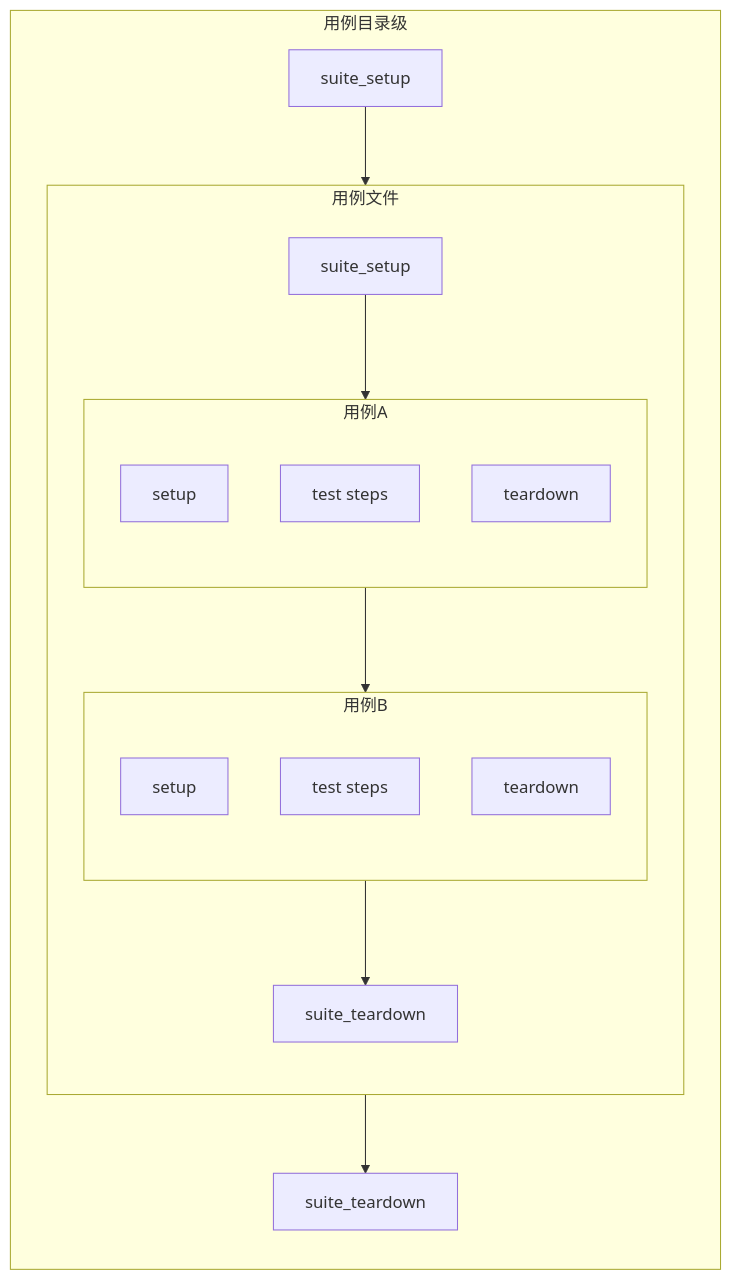
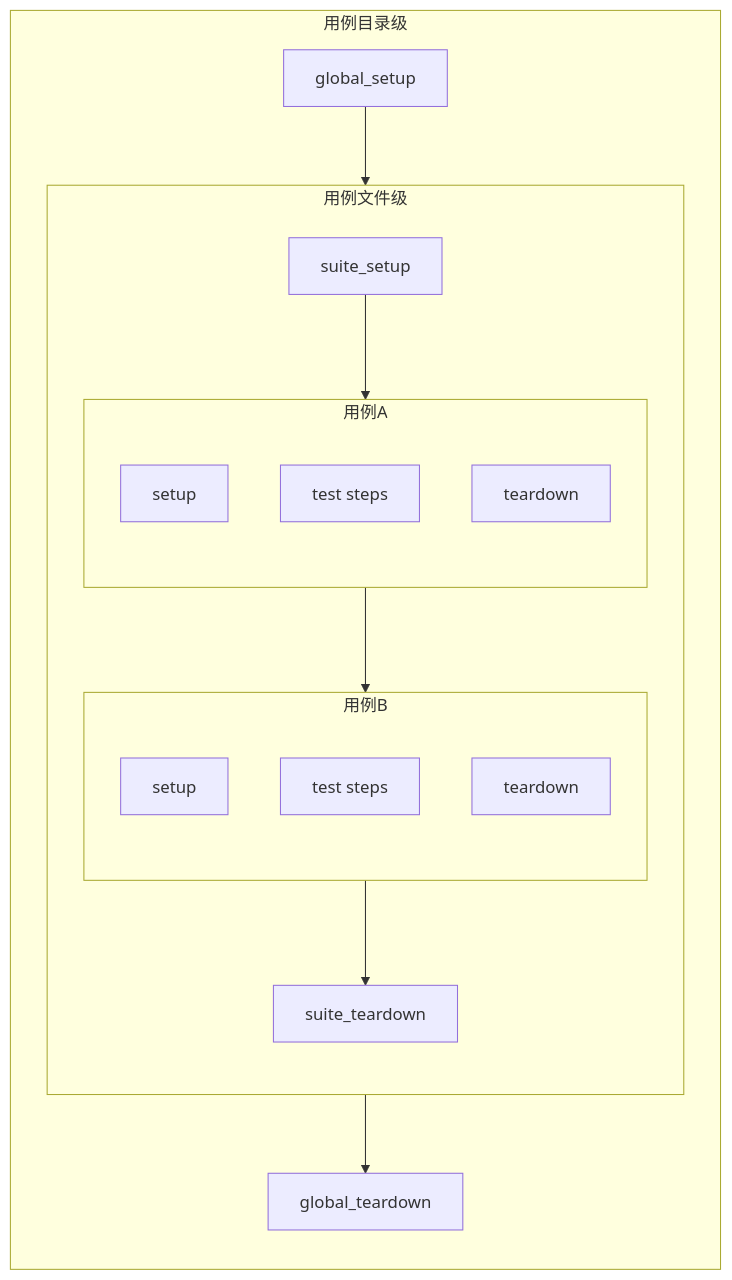
One commit to uytrdcvbjhgf/guyuechen.github.io changed the second of 6 diagrams in content/posts/automation/talk-about-automation.md. Above: the diagram before and after it, drawn with Mermaid.

Commit message:
mermaid style

````diff
--- a/content/posts/automation/talk-about-automation.md
+++ b/content/posts/automation/talk-about-automation.md
@@ -46,45 +46,45 @@
 ```mermaid
 flowchart TD
 
   %% --- 最外层：用例目录级 ---
   subgraph SUITE_DIR["用例目录级"]
     direction TB
 
-    SuiteSetup1["suite_setup"]
+    SuiteSetup1["global_setup"]
 
     %% --- 中间层：用例文件级 ---
-    subgraph SUITE_FILE["用例文件"]
+    subgraph SUITE_FILE["用例文件级"]
       direction TB
 
       SuiteSetup2["suite_setup"]
 
       %% --- 用例A ---
       subgraph TC_A["用例A"]
         direction TB
         A1["setup"]
         A2["test steps"]
         A3["teardown"]
       end
 
       %% --- 用例B ---
       subgraph TC_B["用例B"]
         direction TB
         B1["setup"]
         B2["test steps"]
         B3["teardown"]
       end
 
       SuiteTD2["suite_teardown"]
     end
 
-    SuiteTD1["suite_teardown"]
+    SuiteTD1["global_teardown"]
   end
 
   %% --- 顺序连接 ---
   SuiteSetup1 --> SuiteSetup2
   SuiteSetup2 --> A1
   A3 --> B1
   B3 --> SuiteTD2
   SuiteTD2 --> SuiteTD1
 
 ```
````
